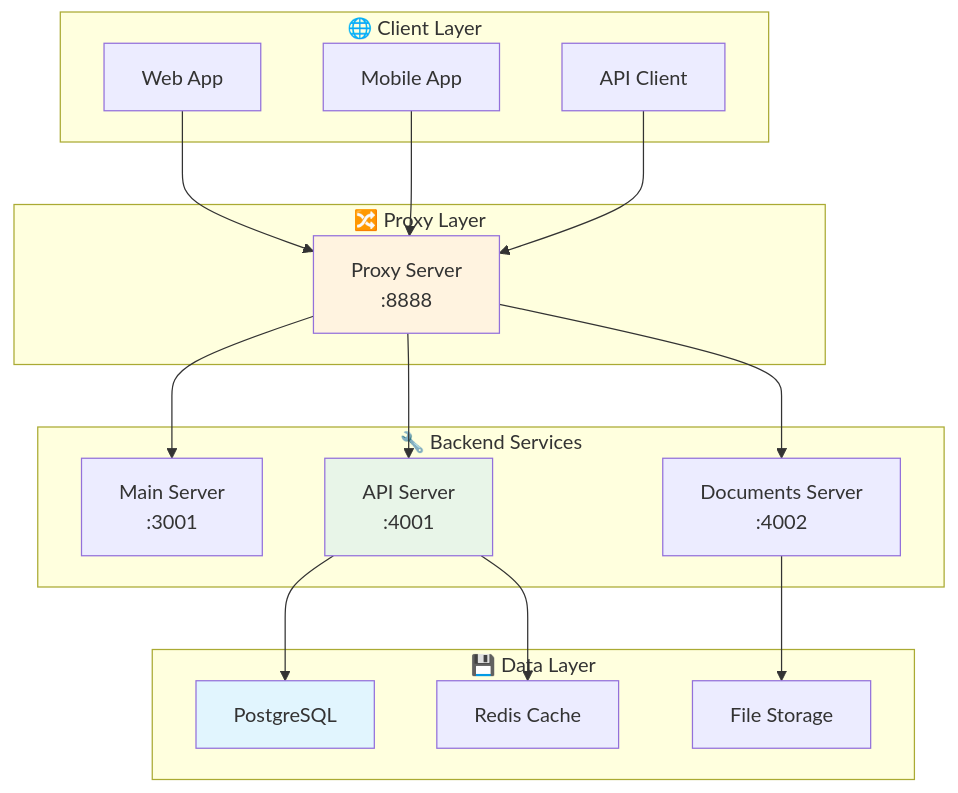
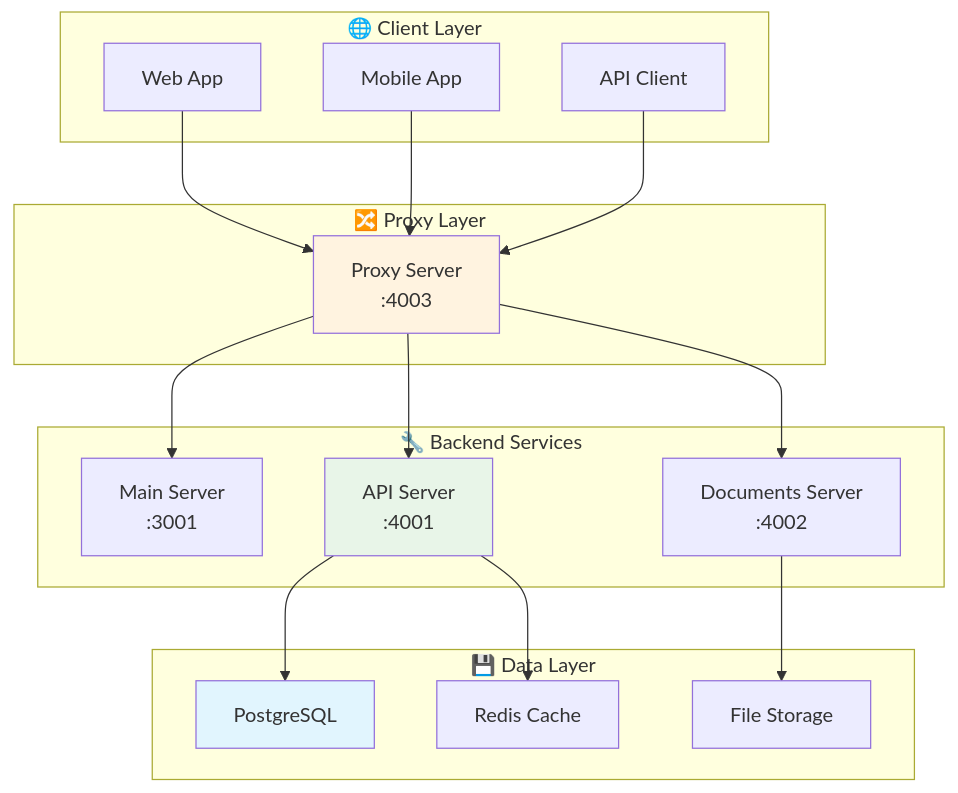
One commit to ElementSoftwareMedica/ElementMedica changed the diagram in docs/technical/api/api-reference.md. Above: the diagram before and after it, drawn with Mermaid. The commit also changed other lines of this file and 685 other files, not shown here.

````diff
--- a/docs/technical/api/api-reference.md
+++ b/docs/technical/api/api-reference.md
@@ -21,40 +21,40 @@
 ```mermaid
 graph TD
     subgraph "🌐 Client Layer"
         WEB["Web App"]
         MOBILE["Mobile App"]
         API_CLIENT["API Client"]
     end
     
     subgraph "🔀 Proxy Layer"
-        PROXY["Proxy Server<br/>:8888"]
+        PROXY["Proxy Server<br/>:4003"]
     end
     
     subgraph "🔧 Backend Services"
         MAIN["Main Server<br/>:3001"]
         API["API Server<br/>:4001"]
         DOCS["Documents Server<br/>:4002"]
     end
     
     subgraph "💾 Data Layer"
         DB["PostgreSQL"]
         REDIS["Redis Cache"]
         FILES["File Storage"]
     end
     
     WEB --> PROXY
     MOBILE --> PROXY
     API_CLIENT --> PROXY
     
     PROXY --> MAIN
     PROXY --> API
     PROXY --> DOCS
     
     API --> DB
     API --> REDIS
     DOCS --> FILES
     
     style PROXY fill:#fff3e0
     style API fill:#e8f5e8
     style DB fill:#e1f5fe
 ```
````
